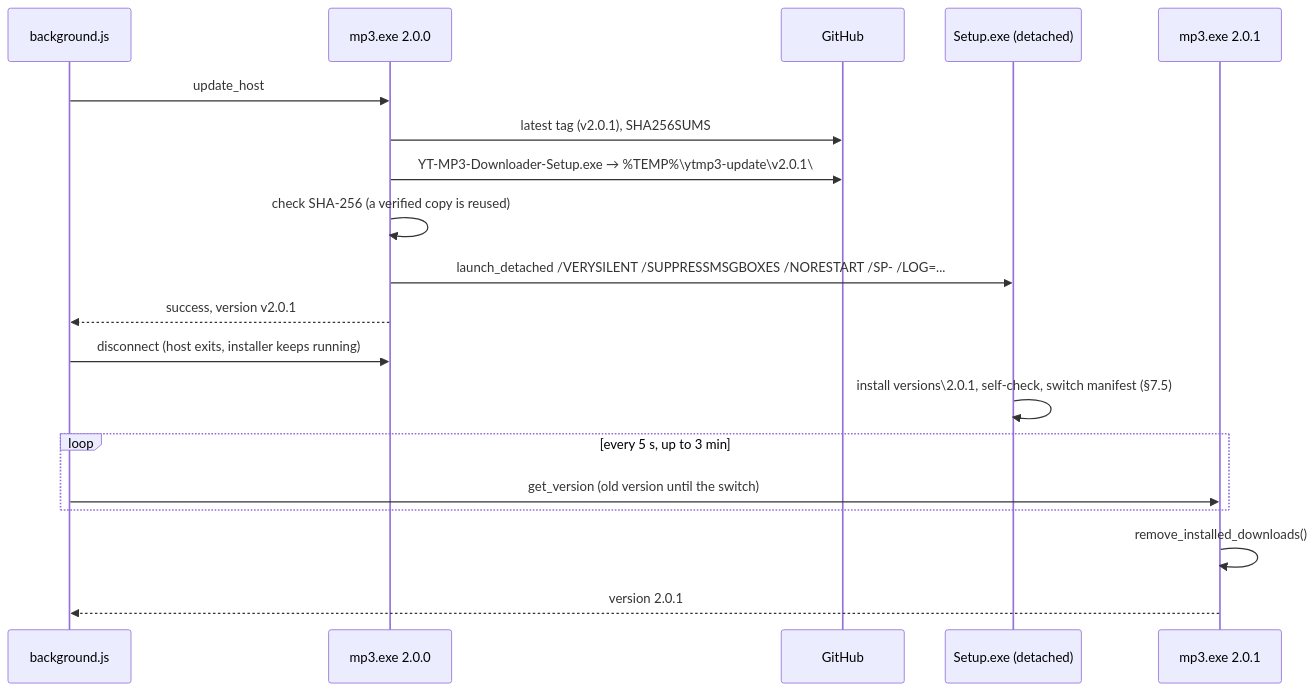
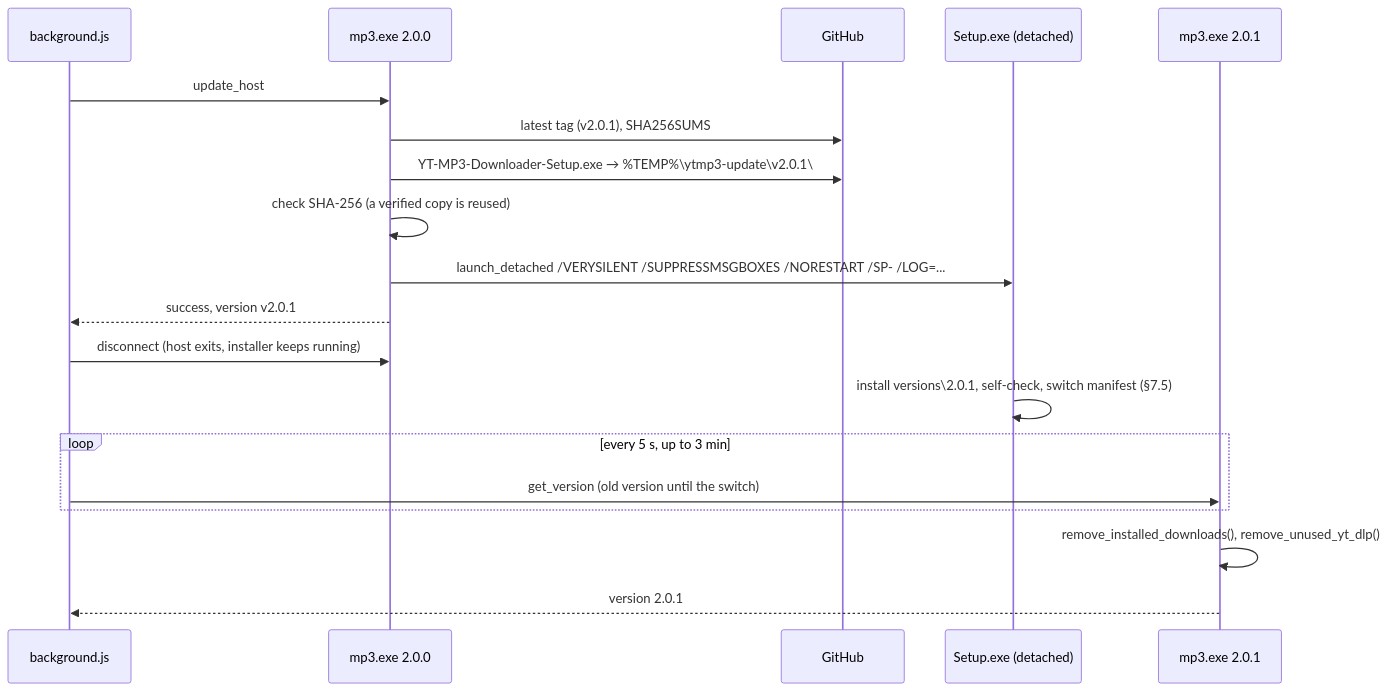
Diagram 14 of 22 in ARCHITECTURE.md (martin-iflap/YT-MP3-Downloader), drawn with Mermaid before and after one commit. The commit also changed other lines of this file and 4 other files, not shown here.

````diff
--- a/ARCHITECTURE.md
+++ b/ARCHITECTURE.md
@@ -827,22 +832,22 @@
 ```mermaid
 sequenceDiagram
     participant BG as background.js
     participant OLD as mp3.exe 2.0.0
     participant GH as GitHub
     participant SETUP as Setup.exe (detached)
     participant NEW as mp3.exe 2.0.1
 
     BG->>OLD: update_host
     OLD->>GH: latest tag (v2.0.1), SHA256SUMS
     OLD->>GH: YT-MP3-Downloader-Setup.exe → %TEMP%\ytmp3-update\v2.0.1\
     OLD->>OLD: check SHA-256 (a verified copy is reused)
     OLD->>SETUP: launch_detached /VERYSILENT /SUPPRESSMSGBOXES /NORESTART /SP- /LOG=...
     OLD-->>BG: success, version v2.0.1
     BG->>OLD: disconnect (host exits, installer keeps running)
     SETUP->>SETUP: install versions\2.0.1, self-check, switch manifest (§7.5)
     loop every 5 s, up to 3 min
         BG->>NEW: get_version (old version until the switch)
     end
-    NEW->>NEW: remove_installed_downloads()
+    NEW->>NEW: remove_installed_downloads(), remove_unused_yt_dlp()
     NEW-->>BG: version 2.0.1
 ```
````
